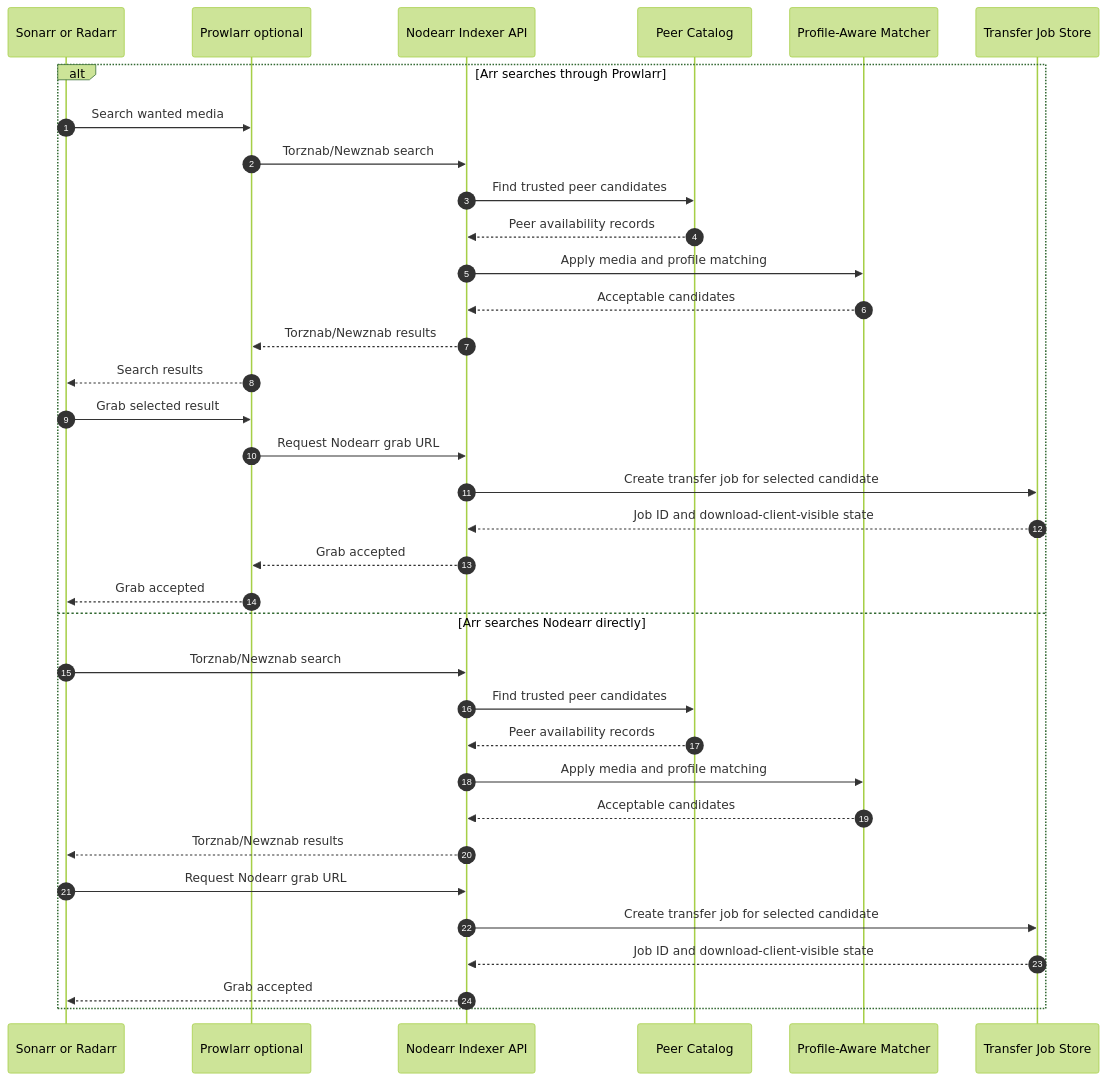
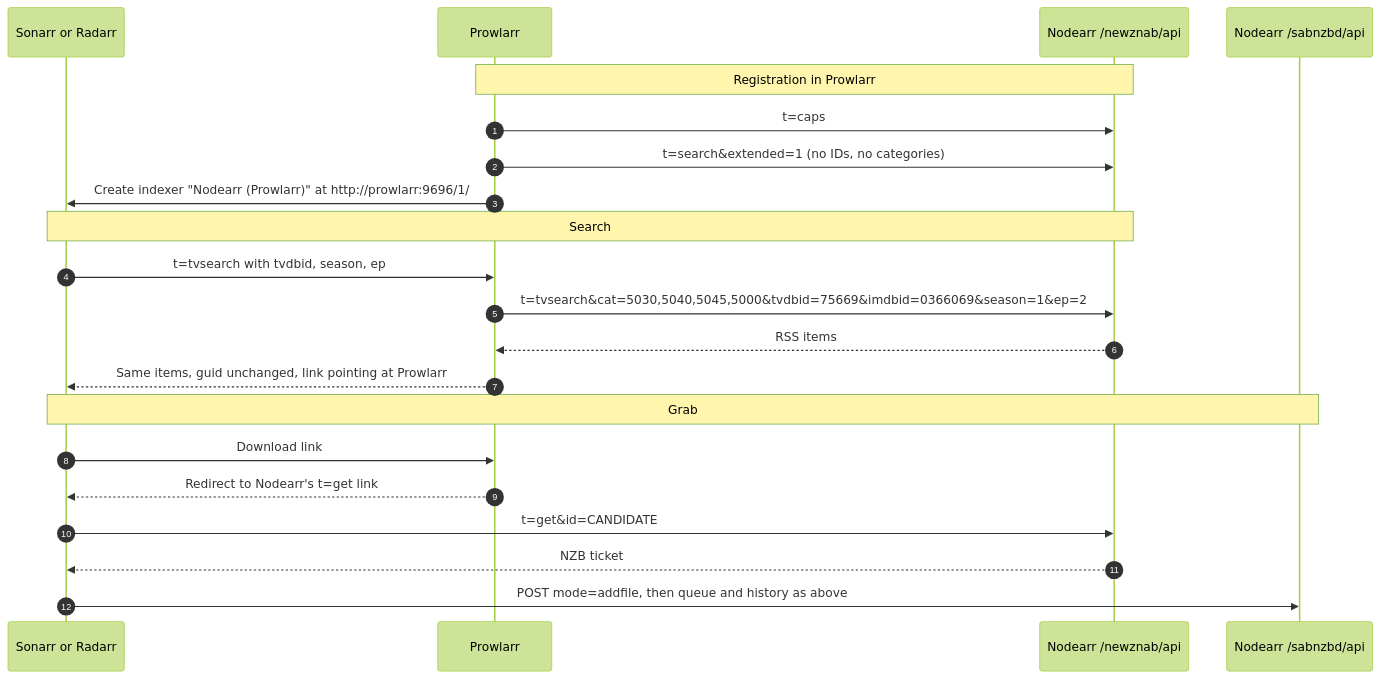
Before and after one commit to Nodearr/Nodearr: the second of 3 diagrams in docs/diagrams/arr-search-grab-indexer-flow.md, drawn with Mermaid (forest theme). The commit also changed other lines of this file and 9 other files, not shown here.

First line of the commit message:
feat(spike): S1 Arr contract proven with Newznab plus SABnzbd stubs

````diff
--- a/docs/diagrams/arr-search-grab-indexer-flow.md
+++ b/docs/diagrams/arr-search-grab-indexer-flow.md
@@ -6,38 +55,26 @@
 ```mermaid
 sequenceDiagram
     autonumber
     participant Arr as Sonarr or Radarr
-    participant Prowlarr as Prowlarr optional
-    participant Indexer as Nodearr Indexer API
-    participant Catalog as Peer Catalog
-    participant Matcher as Profile-Aware Matcher
-    participant Jobs as Transfer Job Store
+    participant Prowlarr
+    participant Newznab as Nodearr /newznab/api
+    participant Sab as Nodearr /sabnzbd/api
 
-    alt Arr searches through Prowlarr
-        Arr->>Prowlarr: Search wanted media
-        Prowlarr->>Indexer: Torznab/Newznab search
-        Indexer->>Catalog: Find trusted peer candidates
-        Catalog-->>Indexer: Peer availability records
-        Indexer->>Matcher: Apply media and profile matching
-        Matcher-->>Indexer: Acceptable candidates
-        Indexer-->>Prowlarr: Torznab/Newznab results
-        Prowlarr-->>Arr: Search results
-        Arr->>Prowlarr: Grab selected result
-        Prowlarr->>Indexer: Request Nodearr grab URL
-        Indexer->>Jobs: Create transfer job for selected candidate
-        Jobs-->>Indexer: Job ID and download-client-visible state
-        Indexer-->>Prowlarr: Grab accepted
-        Prowlarr-->>Arr: Grab accepted
-    else Arr searches Nodearr directly
-        Arr->>Indexer: Torznab/Newznab search
-        Indexer->>Catalog: Find trusted peer candidates
-        Catalog-->>Indexer: Peer availability records
-        Indexer->>Matcher: Apply media and profile matching
-        Matcher-->>Indexer: Acceptable candidates
-        Indexer-->>Arr: Torznab/Newznab results
-        Arr->>Indexer: Request Nodearr grab URL
-        Indexer->>Jobs: Create transfer job for selected candidate
-        Jobs-->>Indexer: Job ID and download-client-visible state
-        Indexer-->>Arr: Grab accepted
-    end
+    Note over Prowlarr,Newznab: Registration in Prowlarr
+    Prowlarr->>Newznab: t=caps
+    Prowlarr->>Newznab: t=search&extended=1 (no IDs, no categories)
+    Prowlarr->>Arr: Create indexer "Nodearr (Prowlarr)" at http://prowlarr:9696/1/
+
+    Note over Arr,Newznab: Search
+    Arr->>Prowlarr: t=tvsearch with tvdbid, season, ep
+    Prowlarr->>Newznab: t=tvsearch&cat=5030,5040,5045,5000&tvdbid=75669&imdbid=0366069&season=1&ep=2
+    Newznab-->>Prowlarr: RSS items
+    Prowlarr-->>Arr: Same items, guid unchanged, link pointing at Prowlarr
+
+    Note over Arr,Sab: Grab
+    Arr->>Prowlarr: Download link
+    Prowlarr-->>Arr: Redirect to Nodearr's t=get link
+    Arr->>Newznab: t=get&id=CANDIDATE
+    Newznab-->>Arr: NZB ticket
+    Arr->>Sab: POST mode=addfile, then queue and history as above
 ```
````
